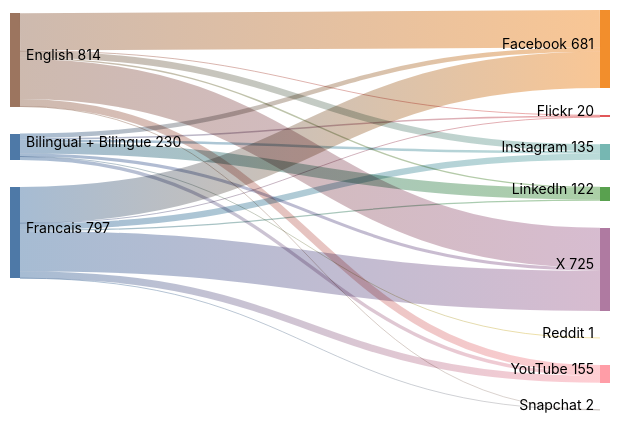
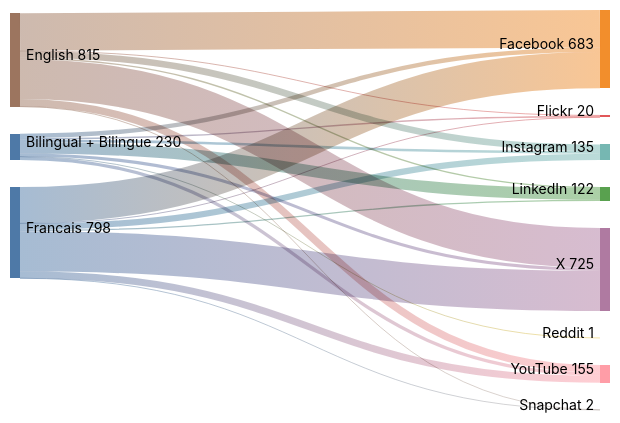
One commit to PatLittle/GC-Socials changed the diagram in sankey_diagram.md. Above: the diagram before and after it, drawn with Mermaid (forest theme).

Commit message:
Update Sankey diagram for the most recent day

````diff
--- a/sankey_diagram.md
+++ b/sankey_diagram.md
@@ -1,24 +1,24 @@
 ```mermaid
 sankey-beta
   Bilingual + Bilingue,Facebook,39
   Bilingual + Bilingue,Flickr,13
   Bilingual + Bilingue,Instagram,22
   Bilingual + Bilingue,LinkedIn,99
   Bilingual + Bilingue,Reddit,1
   Bilingual + Bilingue,X,27
   Bilingual + Bilingue,YouTube,29
-  English,Facebook,326
+  English,Facebook,327
   English,Flickr,4
   English,Instagram,58
   English,LinkedIn,12
   English,Snapchat,1
   English,X,348
   English,YouTube,65
-  Francais,Facebook,316
+  Francais,Facebook,317
   Francais,Flickr,3
   Francais,Instagram,55
   Francais,LinkedIn,11
   Francais,Snapchat,1
   Francais,X,350
   Francais,YouTube,61
 ```
````
